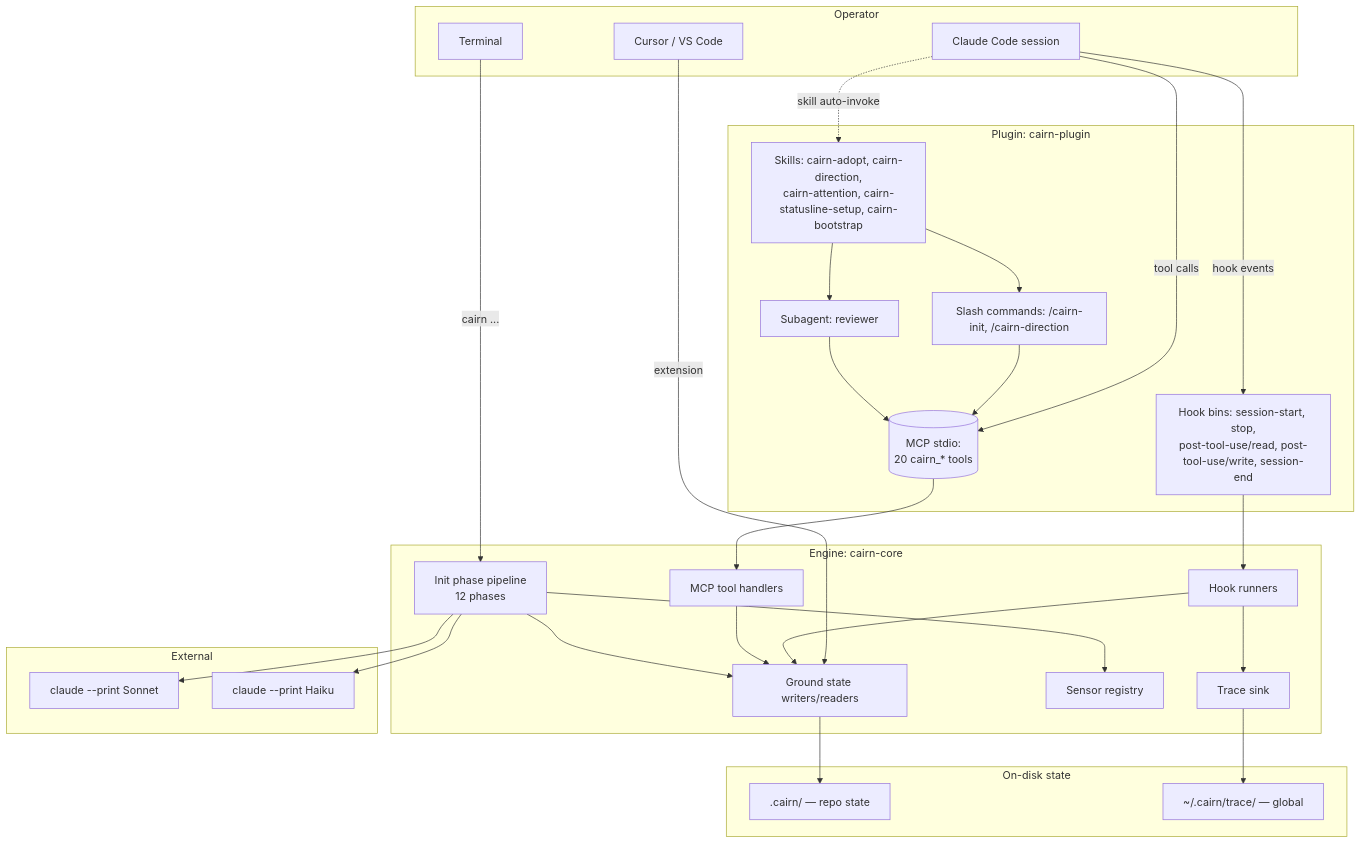
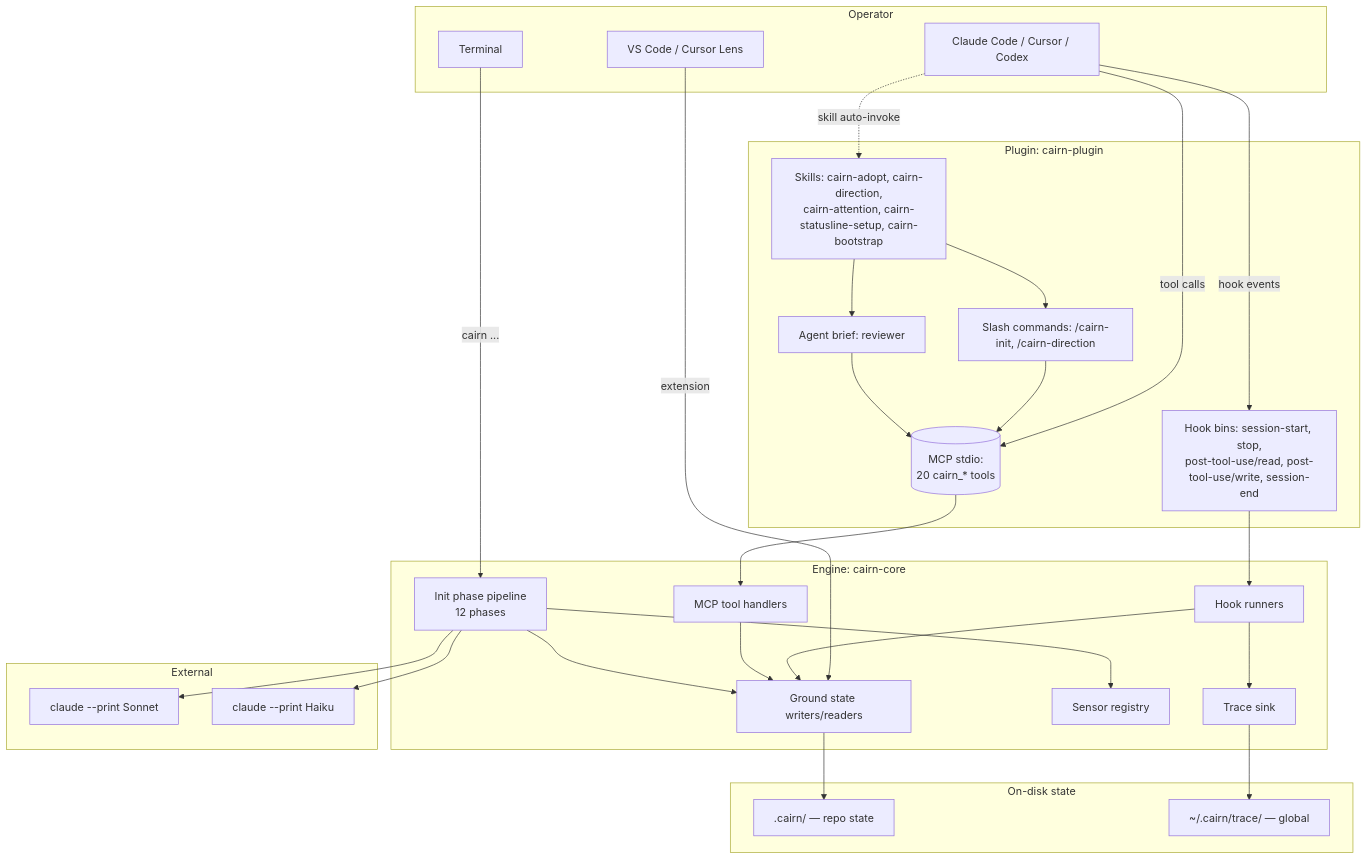
The first of 3 diagrams in docs/SYSTEM_OVERVIEW.md (isaacriehm/cairn), drawn with Mermaid before and after one commit. The commit also changed other lines of this file and 119 other files, not shown here.

First line of the commit message:
feat: unify Claude Code, Cursor, and Codex integration

````diff
--- a/docs/SYSTEM_OVERVIEW.md
+++ b/docs/SYSTEM_OVERVIEW.md
@@ -36,56 +36,56 @@
 ```mermaid
 graph TB
   subgraph Operator
-    CC[Claude Code session]
-    Editor[Cursor / VS Code]
+    Agent[Claude Code / Cursor / Codex]
+    Editor[VS Code / Cursor Lens]
     Term[Terminal]
   end
 
   subgraph "Plugin: cairn-plugin"
     Skills[Skills: cairn-adopt, cairn-direction,<br/>cairn-attention, cairn-statusline-setup, cairn-bootstrap]
     Cmds[Slash commands: /cairn-init, /cairn-direction]
-    Agent[Subagent: reviewer]
+    Reviewer[Agent brief: reviewer]
     HookBins[Hook bins: session-start, stop,<br/>post-tool-use/read, post-tool-use/write, session-end]
     MCP[(MCP stdio:<br/>20 cairn_* tools)]
   end
 
   subgraph "Engine: cairn-core"
     Runners[Hook runners]
     Tools[MCP tool handlers]
     Init[Init phase pipeline<br/>12 phases]
     Ground[Ground state writers/readers]
     Sensors[Sensor registry]
     Trace[Trace sink]
   end
 
   subgraph "On-disk state"
     Cairn[".cairn/ — repo state"]
     Local["~/.cairn/trace/ — global"]
   end
 
   subgraph "External"
     Sonnet[claude --print Sonnet]
     Haiku[claude --print Haiku]
   end
 
-  CC -->|hook events| HookBins
-  CC -->|tool calls| MCP
-  CC -.skill auto-invoke.-> Skills
+  Agent -->|hook events| HookBins
+  Agent -->|tool calls| MCP
+  Agent -.skill auto-invoke.-> Skills
   Term -->|cairn ...| Init
   Editor -->|extension| Ground
   Skills --> Cmds
-  Skills --> Agent
+  Skills --> Reviewer
   HookBins --> Runners
   MCP --> Tools
   Cmds --> MCP
-  Agent --> MCP
+  Reviewer --> MCP
   Runners --> Ground
   Runners --> Trace
   Tools --> Ground
   Init --> Ground
   Init --> Sensors
   Init --> Sonnet
   Init --> Haiku
   Ground --> Cairn
   Trace --> Local
 ```
````
